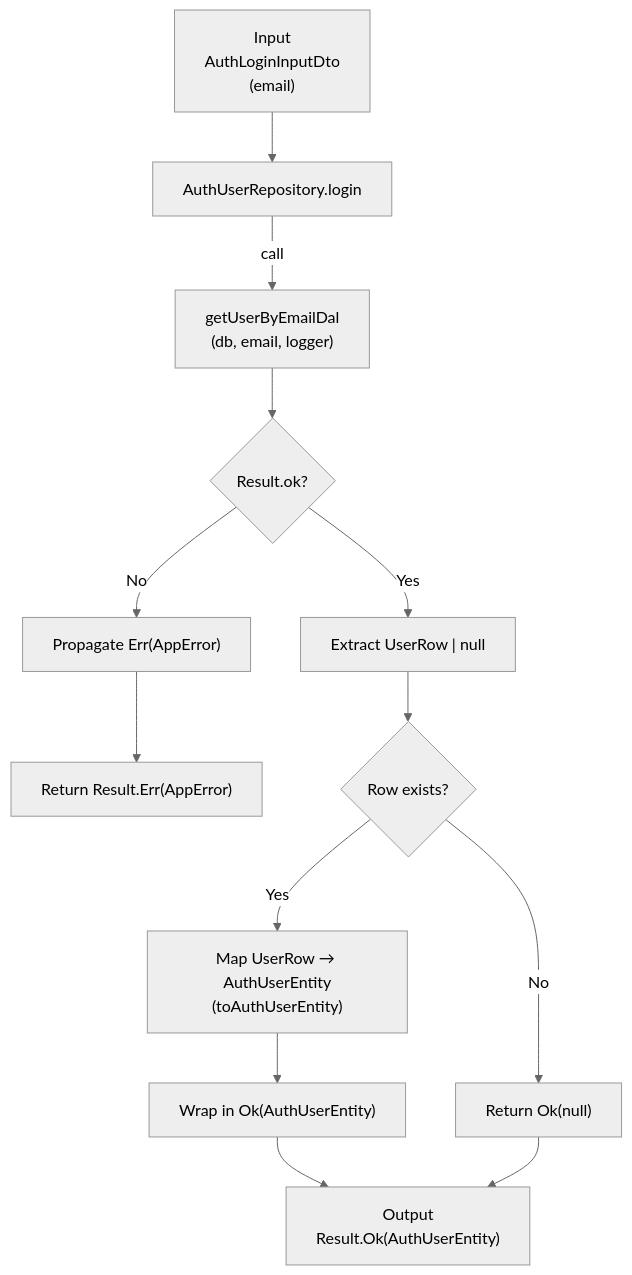
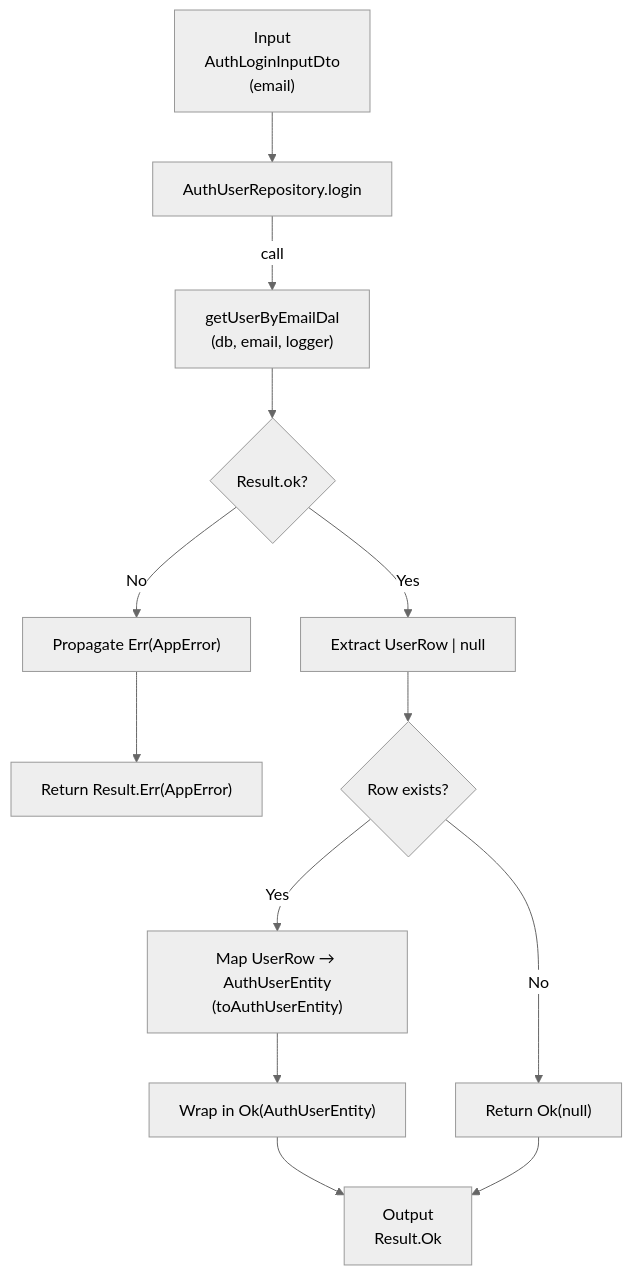
One commit to andrewpetersondev/nextjs-dashboard changed the fifth of 6 diagrams in src/modules/auth/notes/flowcharts.md. Above: the diagram before and after it, drawn with Mermaid (neutral theme). The commit also changed other lines of this file and 1 other file, not shown here.

Commit message:
docs: enhance flowcharts and login workflow with detailed mappings for session principal DTO

````diff
--- a/src/modules/auth/notes/flowcharts.md
+++ b/src/modules/auth/notes/flowcharts.md
@@ -181,32 +181,32 @@
 ```mermaid
 flowchart TD
 %% Inputs
   A["Input<br/>AuthLoginInputDto<br/>(email)"] --> B[AuthUserRepository.login]
 
 %% DAL call
 B -->|call| C["getUserByEmailDal<br/>(db, email, logger)"]
 
 %% DAL result decision
 C --> D{Result.ok?}
 
 %% Error propagation
 D -->|No| E["Propagate Err(AppError)"]
 E --> Z["Return Result.Err(AppError)"]
 
 %% Success path
 D -->|Yes| F["Extract UserRow | null"]
 
 %% User existence decision
 F --> G{Row exists?}
 
 %% Mapping path
 G -->|Yes| H["Map UserRow → AuthUserEntity<br/>(toAuthUserEntity)"]
 H --> I["Wrap in Ok(AuthUserEntity)"]
 
 %% Null passthrough
 G -->|No| J["Return Ok(null)"]
 
 %% Outputs
-I --> K["Output<br/>Result.Ok(AuthUserEntity)"]
+I --> K["Output<br/>Result.Ok<AuthUserEntity | null>"]
 J --> K
 ```
````
